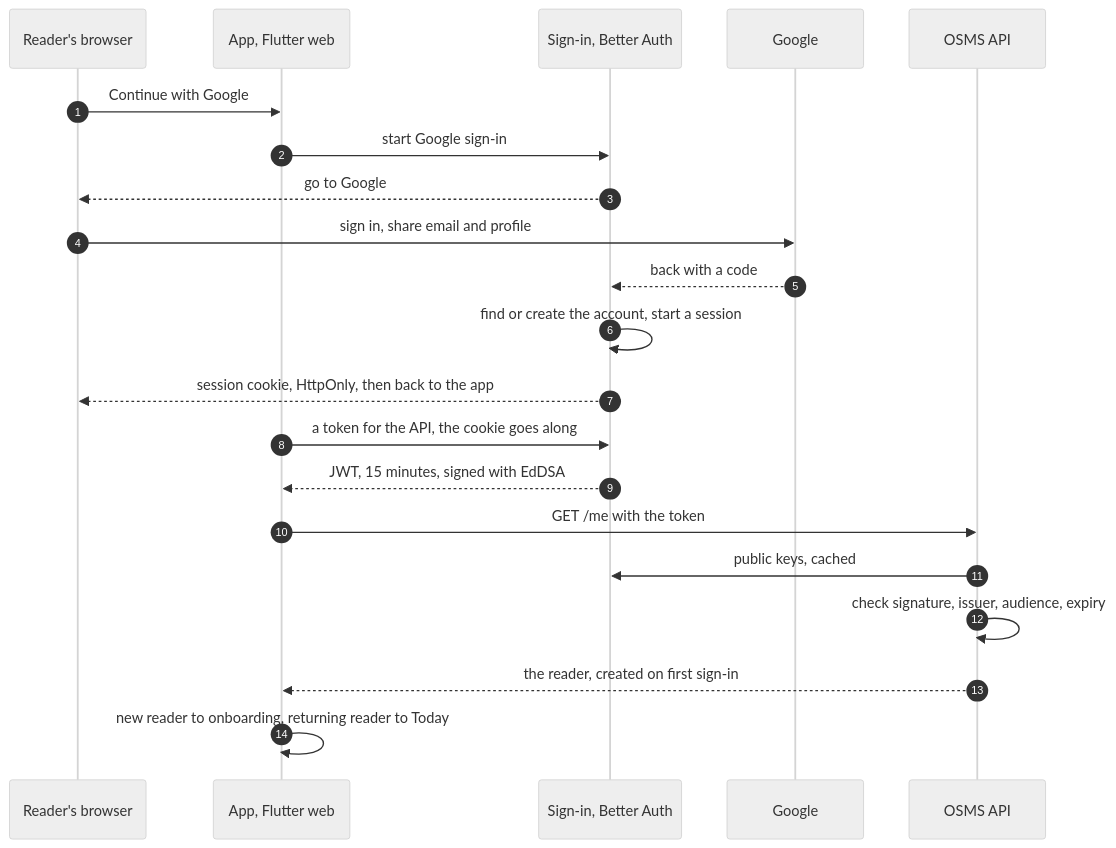
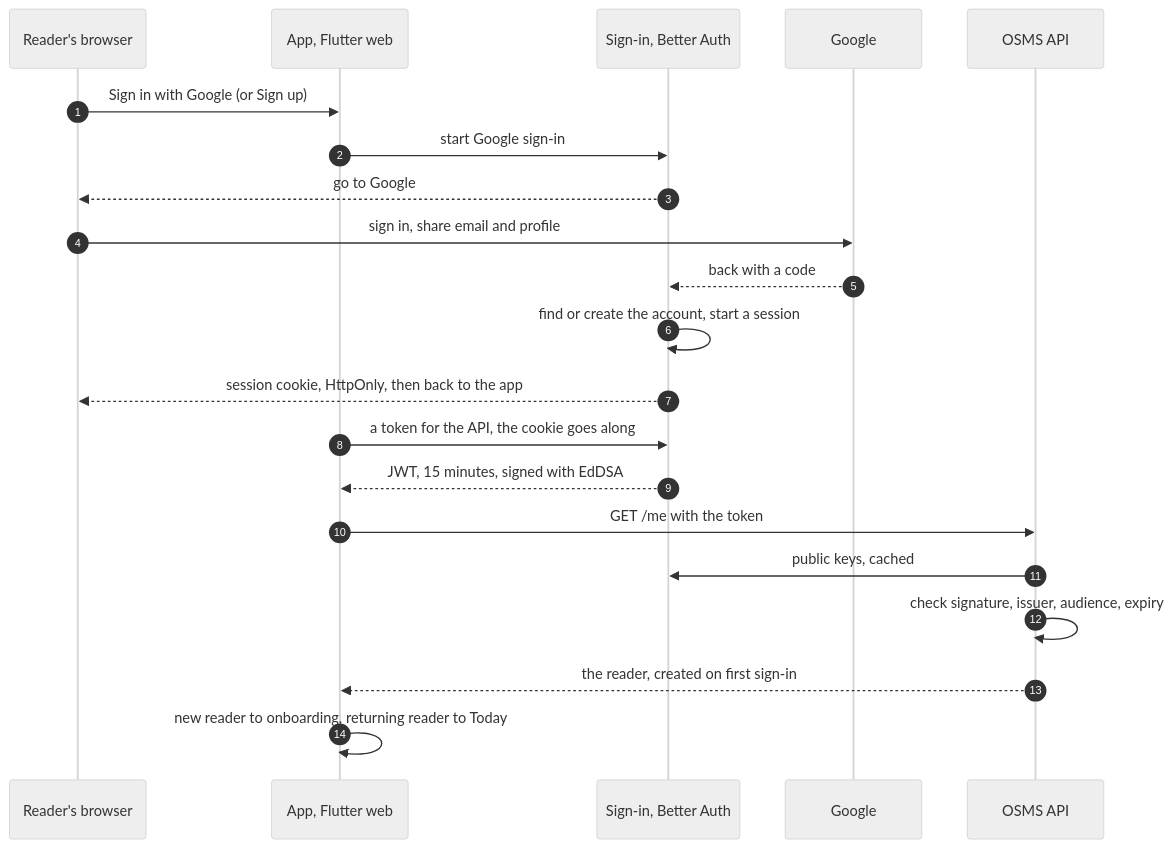
The second of 8 diagrams in docs/architecture.md (ThivaV/OSMS), drawn with Mermaid (neutral theme) before and after one commit. The commit also changed other lines of this file and 7 other files, not shown here.

````diff
--- a/docs/architecture.md
+++ b/docs/architecture.md
@@ -71,24 +71,24 @@
 ```mermaid
 sequenceDiagram
     autonumber
     participant R as Reader's browser
     participant A as App, Flutter web
     participant S as Sign-in, Better Auth
     participant G as Google
     participant P as OSMS API
 
-    R->>A: Continue with Google
+    R->>A: Sign in with Google (or Sign up)
     A->>S: start Google sign-in
     S-->>R: go to Google
     R->>G: sign in, share email and profile
     G-->>S: back with a code
     S->>S: find or create the account, start a session
     S-->>R: session cookie, HttpOnly, then back to the app
     A->>S: a token for the API, the cookie goes along
     S-->>A: JWT, 15 minutes, signed with EdDSA
     A->>P: GET /me with the token
     P->>S: public keys, cached
     P->>P: check signature, issuer, audience, expiry
     P-->>A: the reader, created on first sign-in
     A->>A: new reader to onboarding, returning reader to Today
 ```
````
